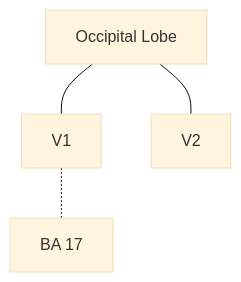
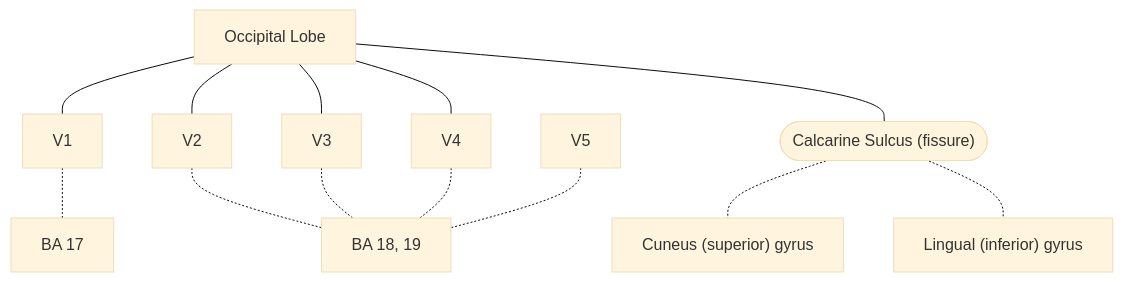
Before and after one commit to psu-psychology/psy-511-scan-fdns-2026-spring: the diagram in supplemental/_occipital_lobe.qmd, drawn with Mermaid (base theme). The commit also changed 57 other files, not shown here.

````diff
--- a/supplemental/_occipital_lobe.qmd
+++ b/supplemental/_occipital_lobe.qmd
@@ -4,13 +4,26 @@
 ```{mermaid}
 %%| label: fig-occipital-lobe
 %%| fig-cap: "Components of the occipital lobe."
 flowchart TD
   A@{ shape: rect, label: "Occipital Lobe" }
   B@{ shape: rect, label: "V1" }
   C@{ shape: rect, label: "V2" }
   D@{ shape: rect, label: "BA 17"}
+  E@{ shape: rect, label: "V3" }
+  F@{ shape: rect, label: "V4" }
+  G@{ shape: stadium, label: "Calcarine Sulcus (fissure)"}
+  H@{ shape: rect, label: "Cuneus (superior) gyrus" }
+  I@{ shape: rect, label: "Lingual (inferior) gyrus" }
+  J@{ shape: rect, label: "V5" }
+  K@{ shape: rect, label: "BA 18, 19"}
   
   A ab@--- B
   A ac@--- C
   B bd@-.- D
+  A ae@--- E
+  A af@--- F
+  A ag@--- G
+  G gh@-.- H
+  G gi@-.- I
+  C & E & F & J ck@-.- K
 ```
````
